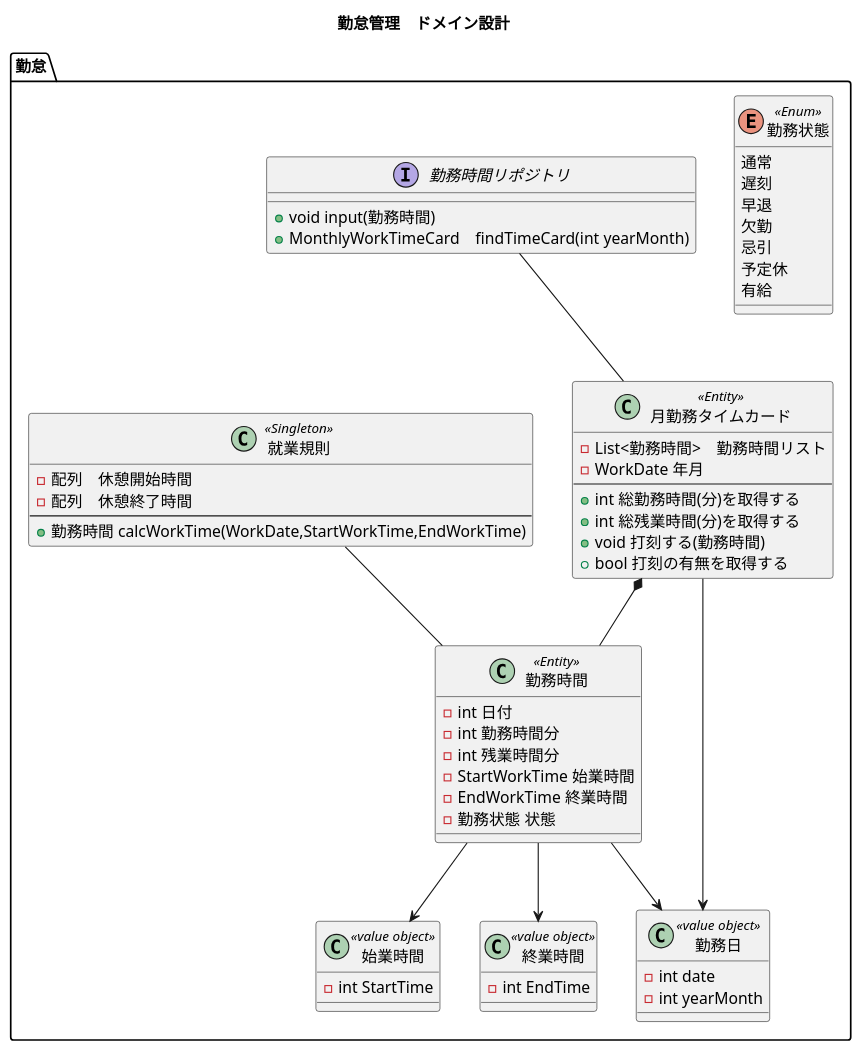
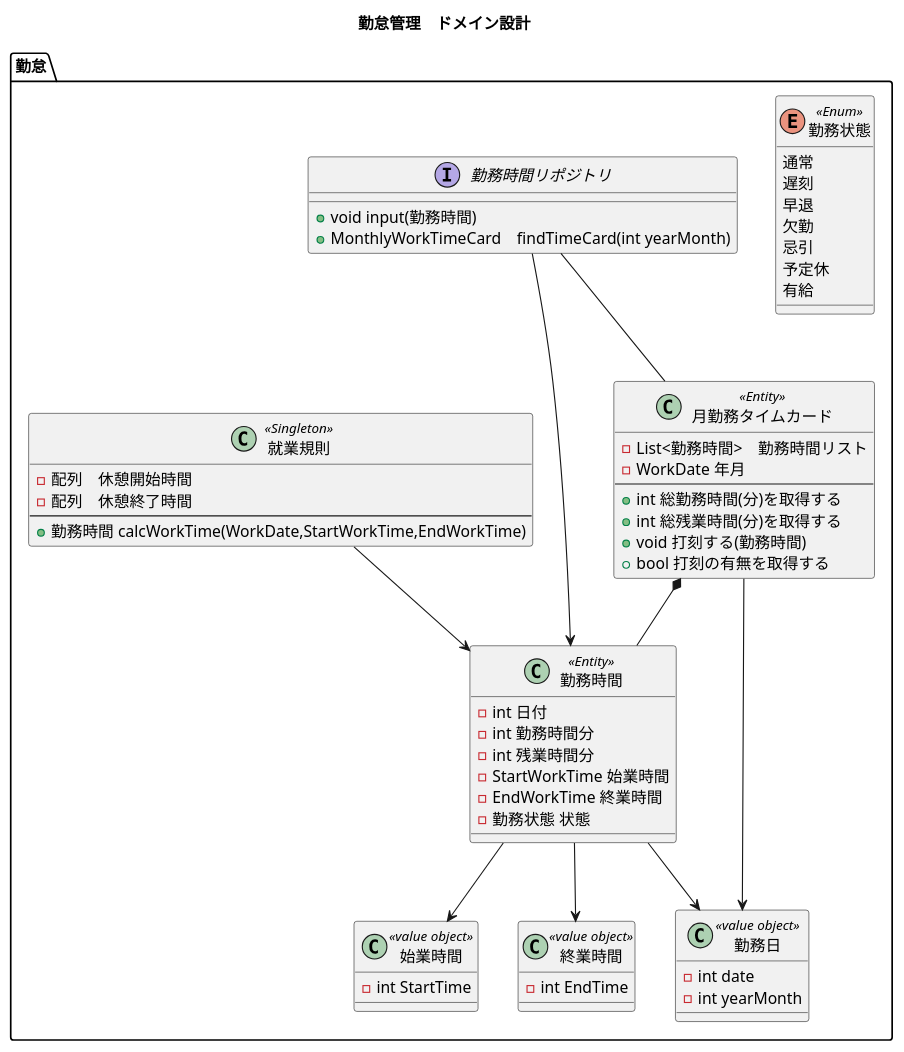
Before and after one commit to biglobe-isp/kintai: the diagram in etc/document/domain/kintai-model.puml, drawn with PlantUML. The commit also changed 5 other files, not shown here.

```diff
--- a/etc/document/domain/kintai-model.puml
+++ b/etc/document/domain/kintai-model.puml
@@ -1,73 +1,75 @@
 @startuml
 
 title 勤怠管理　ドメイン設計
 
 
 package 勤怠{
 
     enum WorkState as "勤務状態" << Enum >>{
      通常
      遅刻
      早退
      欠勤
      忌引
      予定休
      有給
     }
 
     class WorkTime as "勤務時間"  << Entity >> {
      - int 日付
      – int 勤務時間分
      - int 残業時間分
      - StartWorkTime 始業時間
      - EndWorkTime 終業時間
      - 勤務状態 状態
     }
 
     class MonthlyWorkTimeCard as "月勤務タイムカード" << Entity >>{
      - List<勤務時間>　勤務時間リスト
      - WorkDate 年月
      --
      + int 総勤務時間(分)を取得する
      + int 総残業時間(分)を取得する
      + void 打刻する(勤務時間)
      + bool 打刻の有無を取得する
     }
 
     MonthlyWorkTimeCard *-- WorkTime
 
 
     interface WorkTimeRepository as "勤務時間リポジトリ"{
       + void input(勤務時間)
       + MonthlyWorkTimeCard　findTimeCard(int yearMonth)
     }
 
     WorkTimeRepository -- MonthlyWorkTimeCard
 
+    WorkTimeRepository --> WorkTime
+
     class StartWorkTime as "始業時間" << value object >>{
      - int StartTime
     }
     WorkTime --> StartWorkTime
 
     class EndWorkTime as "終業時間" << value object >>{
      - int EndTime
     }
     WorkTime --> EndWorkTime
 
     class WorkDate as "勤務日" << value object >>{
      - int date
      - int yearMonth
     }
     WorkTime --> WorkDate
     MonthlyWorkTimeCard --> WorkDate
 
     class WorkingRule as "就業規則" << Singleton >>{
      - 配列　休憩開始時間
      - 配列　休憩終了時間
     --
      + 勤務時間 calcWorkTime(WorkDate,StartWorkTime,EndWorkTime)
     }
-    WorkingRule -- WorkTime
+    WorkingRule --> WorkTime
 
 }
 @enduml
```
